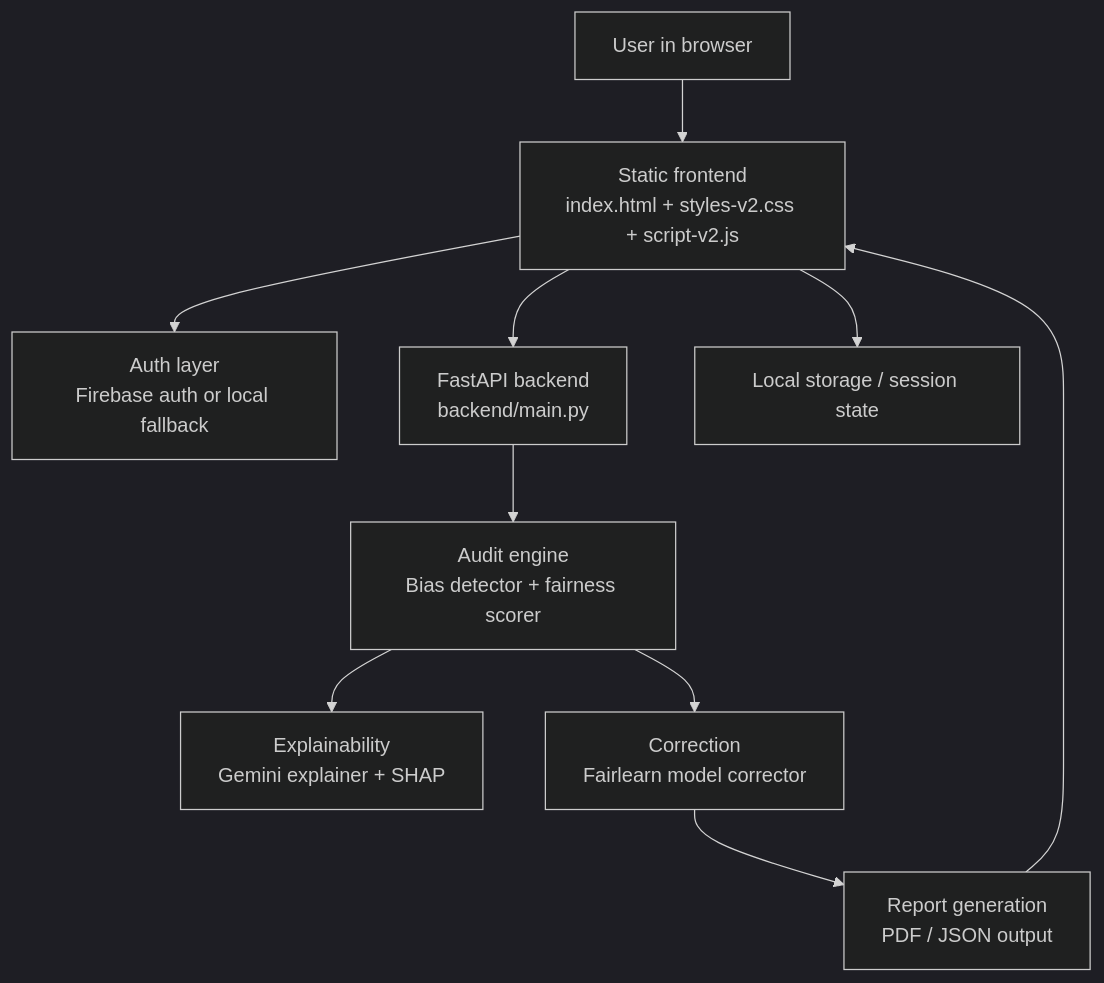
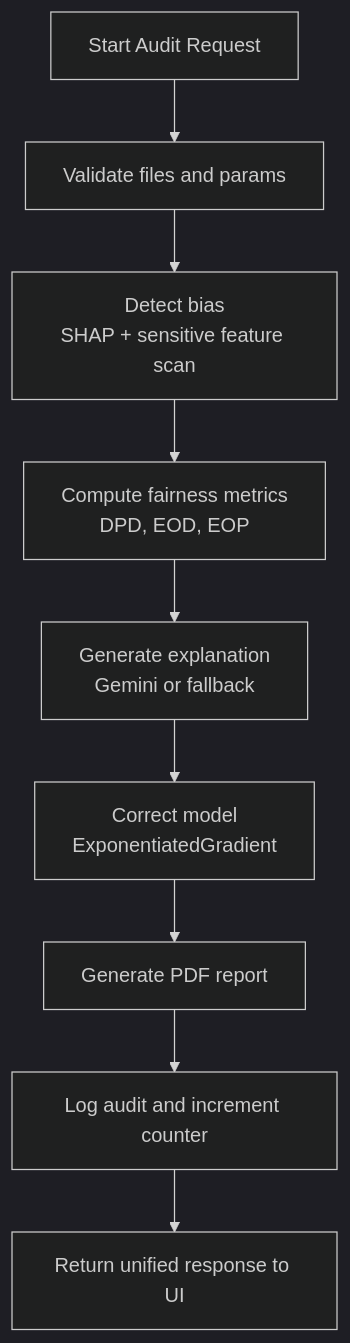
Before and after one commit to Yashaswini-V21/FairLens_India: the second of 3 diagrams in README.md, drawn with Mermaid (dark theme). The commit also changed other lines of this file and 7 other files, not shown here.

````diff
--- a/README.md
+++ b/README.md
@@ -424,12 +93,11 @@
 ```mermaid
-flowchart TB
-  U[User in browser] --> F[Static frontend\nindex.html + styles-v2.css + script-v2.js]
-  F --> A[Auth layer\nFirebase auth or local fallback]
-  F --> B[FastAPI backend\nbackend/main.py]
-  B --> C[Audit engine\nBias detector + fairness scorer]
-  C --> D[Explainability\nGemini explainer + SHAP]
-  C --> E[Correction\nFairlearn model corrector]
-  E --> R[Report generation\nPDF / JSON output]
-  R --> F
-  F --> H[Local storage / session state]
+flowchart TD
+  S[Start Audit Request] --> V[Validate files and params]
+  V --> D[Detect bias\nSHAP + sensitive feature scan]
+  D --> M[Compute fairness metrics\nDPD, EOD, EOP]
+  M --> E[Generate explanation\nGemini or fallback]
+  E --> C[Correct model\nExponentiatedGradient]
+  C --> R[Generate PDF report]
+  R --> L[Log audit and increment counter]
+  L --> F[Return unified response to UI]
 ```
````
